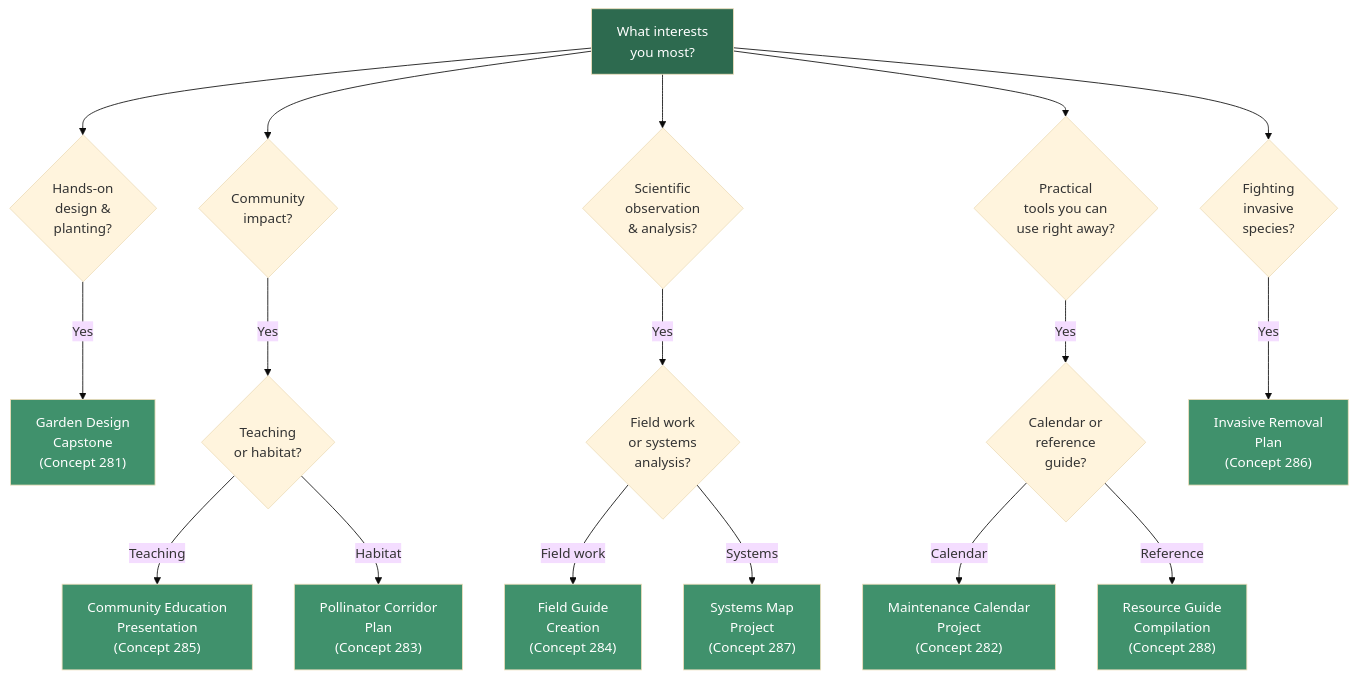
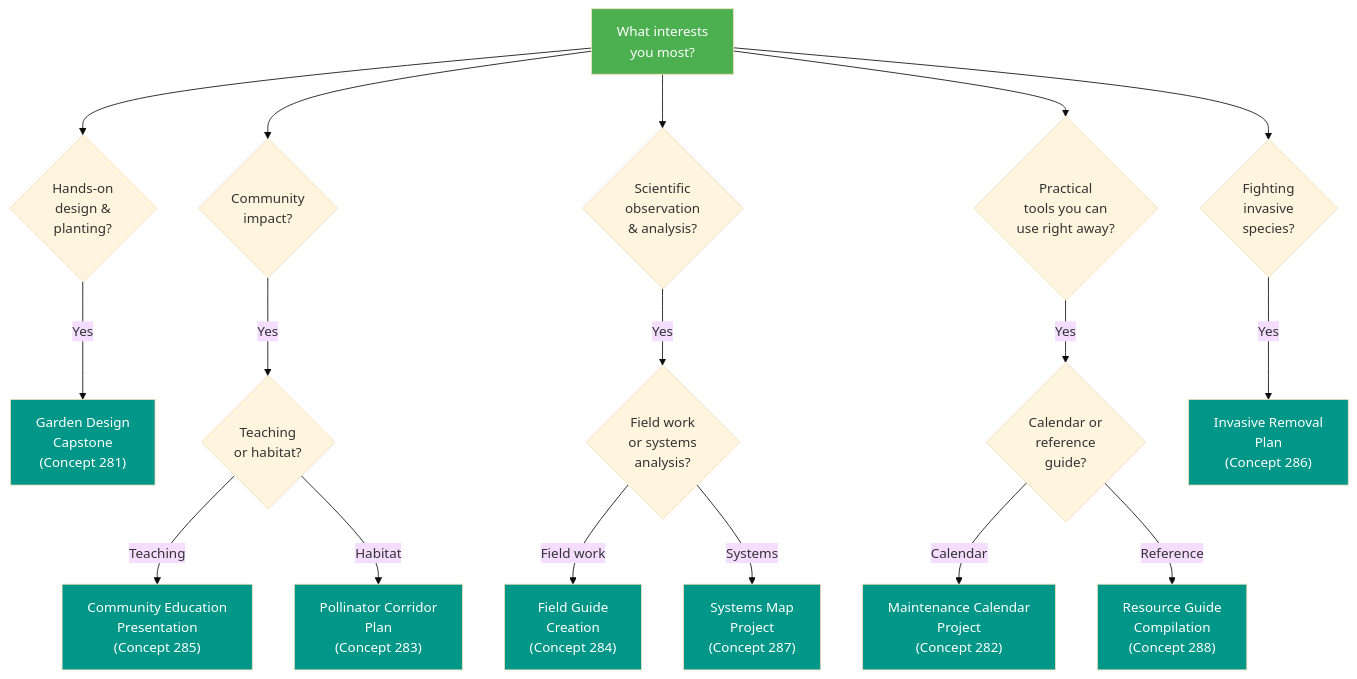
One commit to arunbatchu/minnesota-native-plants changed the second of 2 diagrams in docs/chapters/17-capstone-projects/index.md. Above: the diagram before and after it, drawn with Mermaid (base theme). The commit also changed other lines of this file and 10 other files, not shown here.

First line of the commit message:
Fix Mermaid diagram colors for accessibility — high contrast palette

````diff
--- a/docs/chapters/17-capstone-projects/index.md
+++ b/docs/chapters/17-capstone-projects/index.md
@@ -561,30 +561,30 @@
 ```mermaid
 flowchart TD
     A["What interests<br>you most?"] --> B{"Hands-on<br>design &<br>planting?"}
     A --> C{"Community<br>impact?"}
     A --> D{"Scientific<br>observation<br>& analysis?"}
     A --> E{"Practical<br>tools you can<br>use right away?"}
     A --> F{"Fighting<br>invasive<br>species?"}
 
     B -->|"Yes"| B1["Garden Design<br>Capstone<br>(Concept 281)"]
     C -->|"Yes"| C1{"Teaching<br>or habitat?"}
     C1 -->|"Teaching"| C2["Community Education<br>Presentation<br>(Concept 285)"]
     C1 -->|"Habitat"| C3["Pollinator Corridor<br>Plan<br>(Concept 283)"]
     D -->|"Yes"| D1{"Field work<br>or systems<br>analysis?"}
     D1 -->|"Field work"| D2["Field Guide<br>Creation<br>(Concept 284)"]
     D1 -->|"Systems"| D3["Systems Map<br>Project<br>(Concept 287)"]
     E -->|"Yes"| E1{"Calendar or<br>reference<br>guide?"}
     E1 -->|"Calendar"| E2["Maintenance Calendar<br>Project<br>(Concept 282)"]
     E1 -->|"Reference"| E3["Resource Guide<br>Compilation<br>(Concept 288)"]
     F -->|"Yes"| F1["Invasive Removal<br>Plan<br>(Concept 286)"]
 
-    style A fill:#2d6a4f,color:#fff
-    style B1 fill:#40916c,color:#fff
-    style C2 fill:#40916c,color:#fff
-    style C3 fill:#40916c,color:#fff
-    style D2 fill:#40916c,color:#fff
-    style D3 fill:#40916c,color:#fff
-    style E2 fill:#40916c,color:#fff
-    style E3 fill:#40916c,color:#fff
-    style F1 fill:#40916c,color:#fff
+    style A fill:#4CAF50,color:#fff
+    style B1 fill:#009688,color:#fff
+    style C2 fill:#009688,color:#fff
+    style C3 fill:#009688,color:#fff
+    style D2 fill:#009688,color:#fff
+    style D3 fill:#009688,color:#fff
+    style E2 fill:#009688,color:#fff
+    style E3 fill:#009688,color:#fff
+    style F1 fill:#009688,color:#fff
 ```
````
